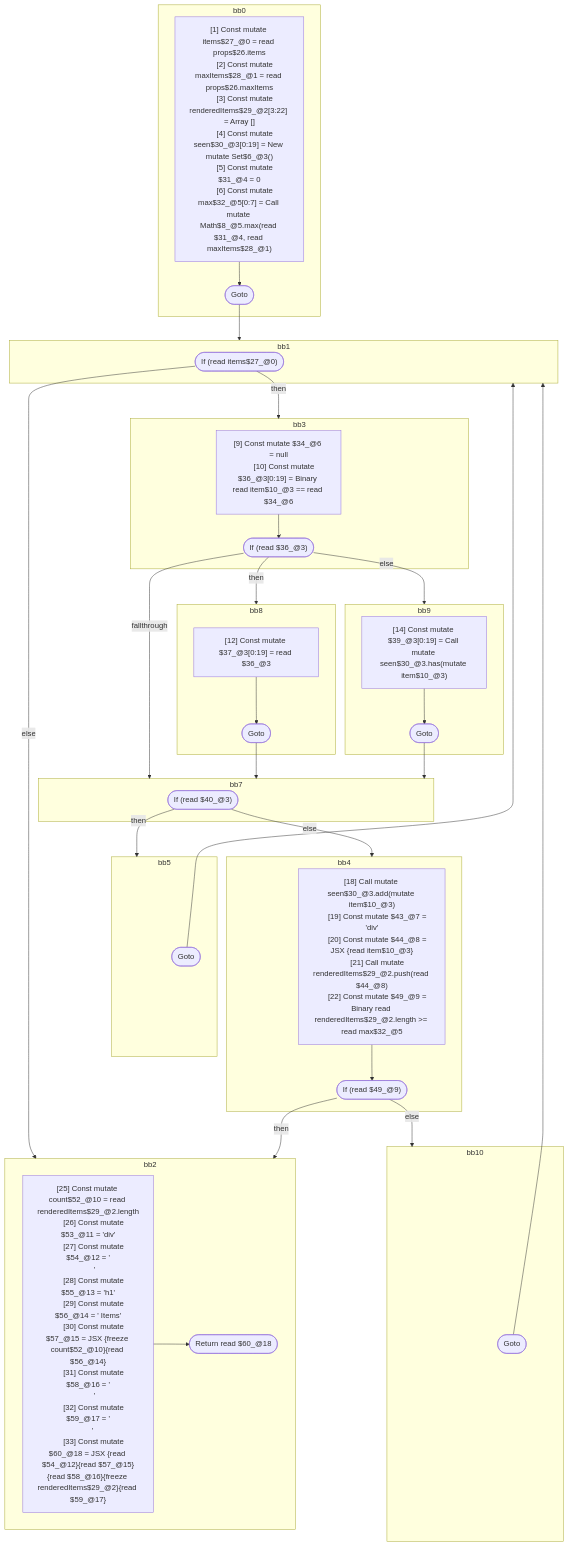
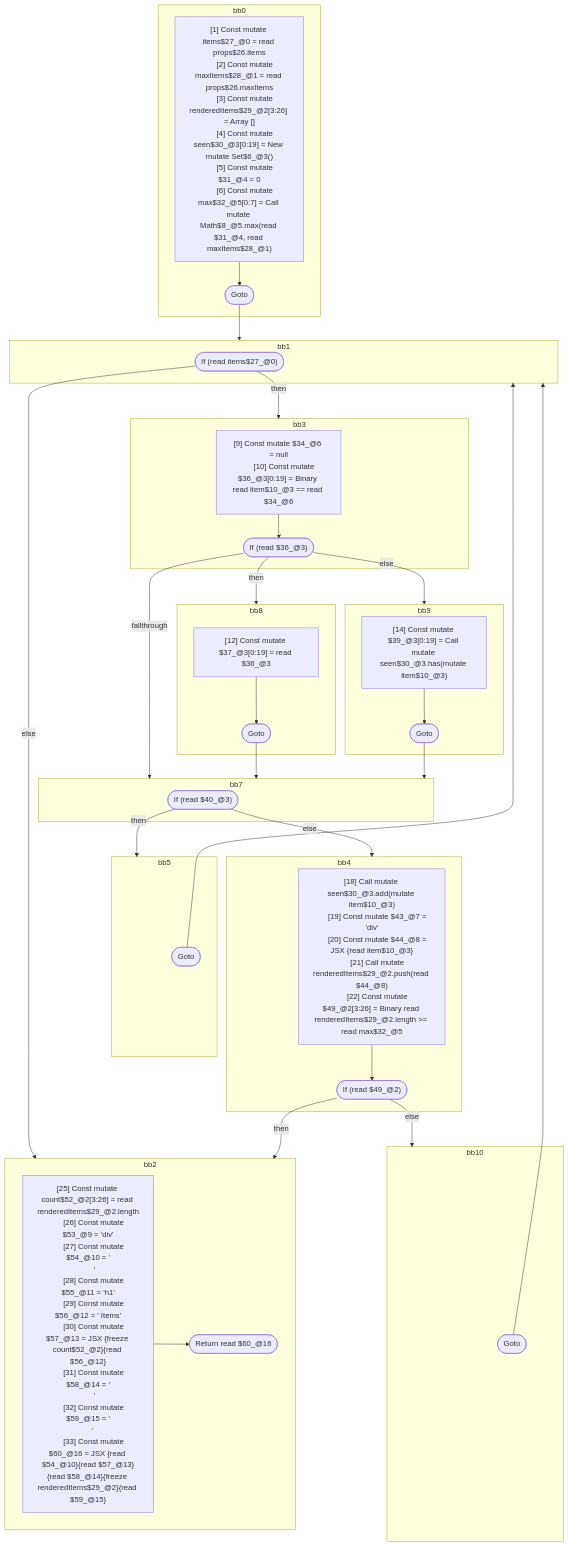
One commit to wutsmog/private changed the diagram in compiler/forget/src/__tests__/fixtures/hir/component.expect.md. Above: the diagram before and after it, drawn with Mermaid. The commit also changed other lines of this file and 1 other file, not shown here.

Commit message:
[hir] Perform alias analysis for aggregate rvalues
Maintain and use abstract memory to peform more refined aliasing of member
expressions.

```diff
--- a/compiler/forget/src/__tests__/fixtures/hir/component.expect.md
+++ b/compiler/forget/src/__tests__/fixtures/hir/component.expect.md
@@ -103,7 +103,7 @@
     bb0_instrs["
       [1] Const mutate items$27_@0 = read props$26.items
       [2] Const mutate maxItems$28_@1 = read props$26.maxItems
-      [3] Const mutate renderedItems$29_@2[3:22] = Array []
+      [3] Const mutate renderedItems$29_@2[3:26] = Array []
       [4] Const mutate seen$30_@3[0:19] = New mutate Set$6_@3()
       [5] Const mutate $31_@4 = 0
       [6] Const mutate max$32_@5[0:7] = Call mutate Math$8_@5.max(read $31_@4, read maxItems$28_@1)
@@ -144,26 +144,26 @@
       [19] Const mutate $43_@7 = 'div'
       [20] Const mutate $44_@8 = JSX <read $43_@7>{read item$10_@3}</read $43_@7>
       [21] Call mutate renderedItems$29_@2.push(read $44_@8)
-      [22] Const mutate $49_@9 = Binary read renderedItems$29_@2.length >= read max$32_@5
+      [22] Const mutate $49_@2[3:26] = Binary read renderedItems$29_@2.length >= read max$32_@5
     "]
-    bb4_instrs --> bb4_terminal(["If (read $49_@9)"])
+    bb4_instrs --> bb4_terminal(["If (read $49_@2)"])
   end
   subgraph bb10
     bb10_terminal(["Goto"])
   end
   subgraph bb2
     bb2_instrs["
-      [25] Const mutate count$52_@10 = read renderedItems$29_@2.length
-      [26] Const mutate $53_@11 = 'div'
-      [27] Const mutate $54_@12 = '\n      '
-      [28] Const mutate $55_@13 = 'h1'
-      [29] Const mutate $56_@14 = ' Items'
-      [30] Const mutate $57_@15 = JSX <read $55_@13>{freeze count$52_@10}{read $56_@14}</read $55_@13>
-      [31] Const mutate $58_@16 = '\n      '
-      [32] Const mutate $59_@17 = '\n    '
-      [33] Const mutate $60_@18 = JSX <read $53_@11>{read $54_@12}{read $57_@15}{read $58_@16}{freeze renderedItems$29_@2}{read $59_@17}</read $53_@11>
+      [25] Const mutate count$52_@2[3:26] = read renderedItems$29_@2.length
+      [26] Const mutate $53_@9 = 'div'
+      [27] Const mutate $54_@10 = '\n      '
+      [28] Const mutate $55_@11 = 'h1'
+      [29] Const mutate $56_@12 = ' Items'
+      [30] Const mutate $57_@13 = JSX <read $55_@11>{freeze count$52_@2}{read $56_@12}</read $55_@11>
+      [31] Const mutate $58_@14 = '\n      '
+      [32] Const mutate $59_@15 = '\n    '
+      [33] Const mutate $60_@16 = JSX <read $53_@9>{read $54_@10}{read $57_@13}{read $58_@14}{freeze renderedItems$29_@2}{read $59_@15}</read $53_@9>
     "]
-    bb2_instrs --> bb2_terminal(["Return read $60_@18"])
+    bb2_instrs --> bb2_terminal(["Return read $60_@16"])
   end
 
   %% Jumps
```
